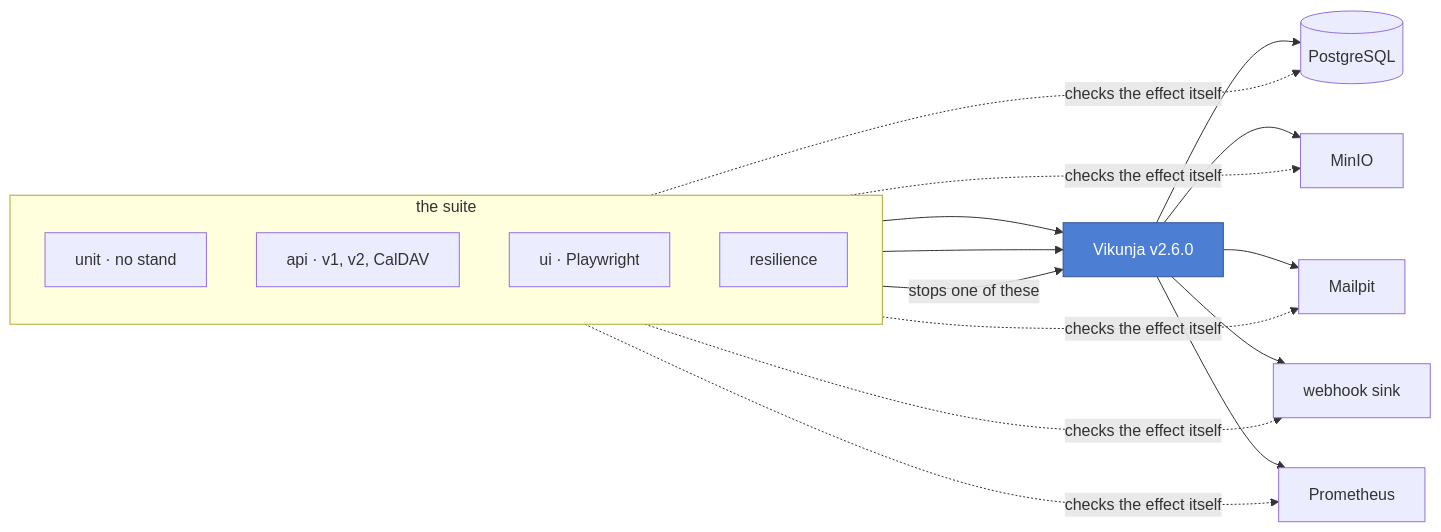
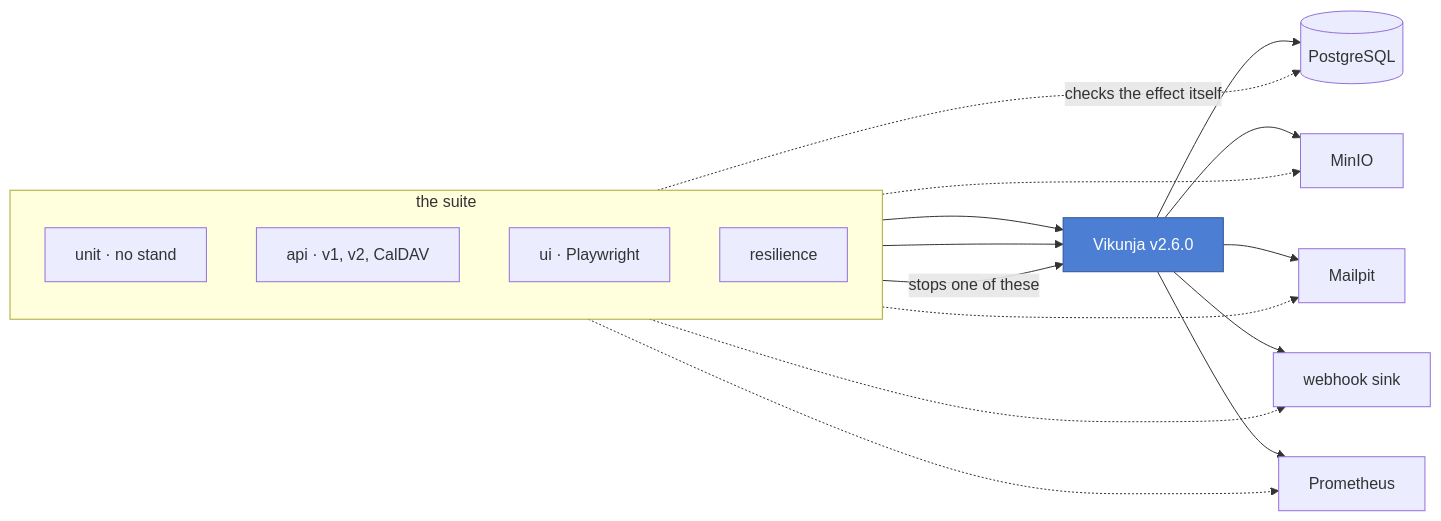
The diagram in README.md (petprojectsaqa/qa-framework-vikunja), drawn with Mermaid before and after one commit. The commit also changed 1 other file, not shown here.

Commit message:
Label the fan once
Mermaid repeats a label on every edge in an & fan, so one sentence was
printed five times across the diagram.

````diff
--- a/README.md
+++ b/README.md
@@ -76,25 +76,26 @@
 ```mermaid
 flowchart LR
     subgraph S["the suite"]
         direction TB
         U["unit · no stand"]
         A["api · v1, v2, CalDAV"]
         B["ui · Playwright"]
         R["resilience"]
     end
 
     V["Vikunja v2.6.0"]
     PG[("PostgreSQL")]
     S3["MinIO"]
     MAIL["Mailpit"]
     HOOK["webhook sink"]
     PROM["Prometheus"]
 
     A --> V
     B --> V
     R -->|"stops one of these"| V
     V --> PG & S3 & MAIL & HOOK & PROM
-    A -.->|"checks the effect itself"| PG & S3 & MAIL & HOOK & PROM
+    A -.->|"checks the effect itself"| PG
+    A -.-> S3 & MAIL & HOOK & PROM
 
     style V fill:#4c7fd4,stroke:#2f5596,color:#fff
 ```
````
